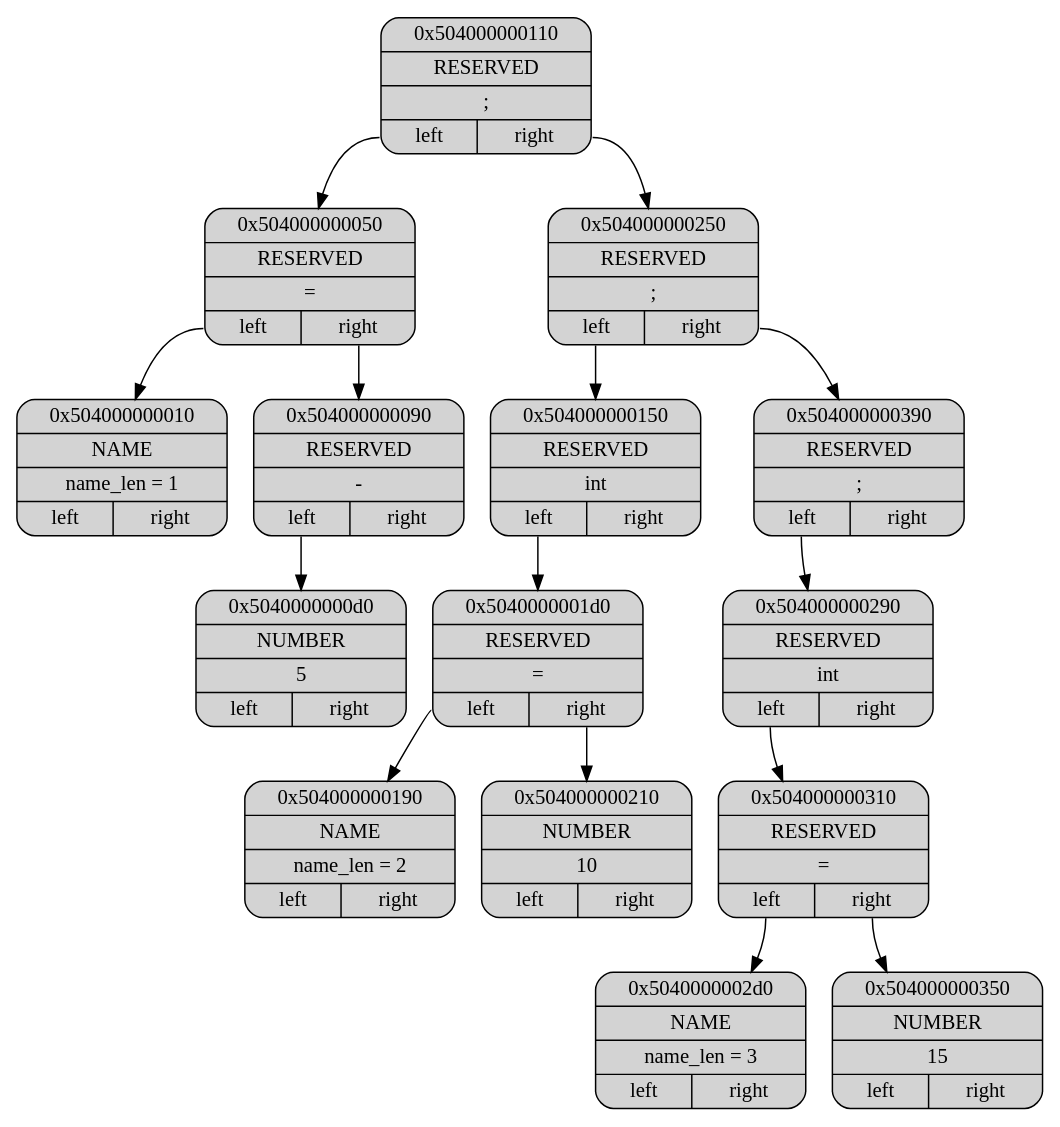
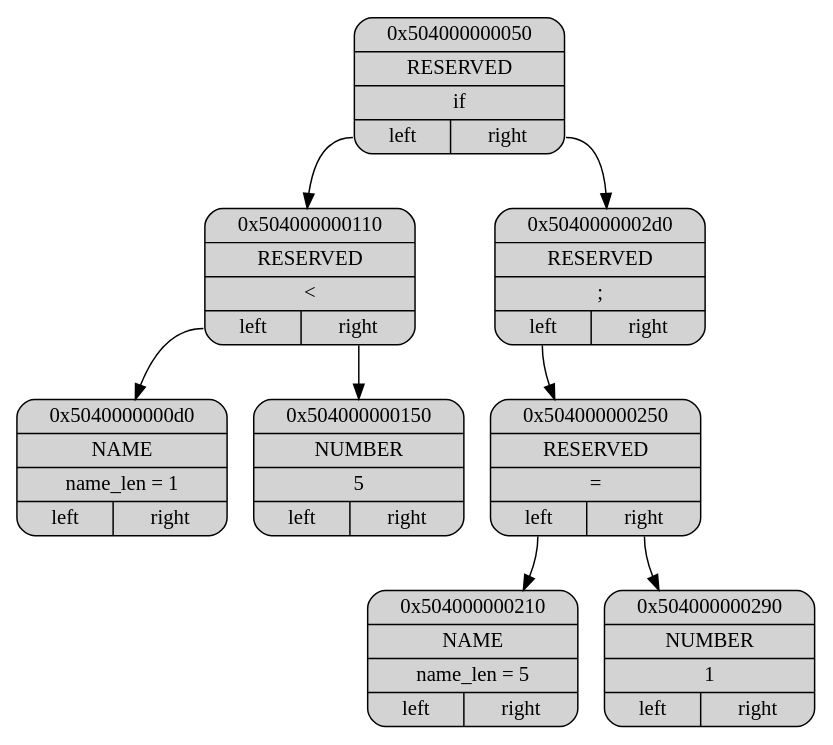
Before and after one commit to ashqqy/Language: the diagram in Dump/dump.dot, drawn with Graphviz. The commit also changed 9 other files, not shown here.

```diff
--- a/Dump/dump.dot
+++ b/Dump/dump.dot
@@ -1,35 +1,21 @@
 digraph G
 {
 node[shape="record", style="rounded, filled"];
 
-p0x504000000110[label = "{ <ptr> 0x504000000110 | <type> RESERVED | <data> ; | { <l>left|<r>right } }"];
-p0x504000000050[label = "{ <ptr> 0x504000000050 | <type> RESERVED | <data> = | { <l>left|<r>right } }"];
-p0x504000000010[label = "{ <ptr> 0x504000000010 | <type> NAME | <data> name_len = 1 | { <l>left|<r>right } }"];
-p0x504000000090[label = "{ <ptr> 0x504000000090 | <type> RESERVED | <data> - | { <l>left|<r>right } }"];
-p0x5040000000d0[label = "{ <ptr> 0x5040000000d0 | <type> NUMBER | <data> 5 | { <l>left|<r>right } }"];
-p0x504000000250[label = "{ <ptr> 0x504000000250 | <type> RESERVED | <data> ; | { <l>left|<r>right } }"];
-p0x504000000150[label = "{ <ptr> 0x504000000150 | <type> RESERVED | <data> int | { <l>left|<r>right } }"];
-p0x5040000001d0[label = "{ <ptr> 0x5040000001d0 | <type> RESERVED | <data> = | { <l>left|<r>right } }"];
-p0x504000000190[label = "{ <ptr> 0x504000000190 | <type> NAME | <data> name_len = 2 | { <l>left|<r>right } }"];
-p0x504000000210[label = "{ <ptr> 0x504000000210 | <type> NUMBER | <data> 10 | { <l>left|<r>right } }"];
-p0x504000000390[label = "{ <ptr> 0x504000000390 | <type> RESERVED | <data> ; | { <l>left|<r>right } }"];
-p0x504000000290[label = "{ <ptr> 0x504000000290 | <type> RESERVED | <data> int | { <l>left|<r>right } }"];
-p0x504000000310[label = "{ <ptr> 0x504000000310 | <type> RESERVED | <data> = | { <l>left|<r>right } }"];
-p0x5040000002d0[label = "{ <ptr> 0x5040000002d0 | <type> NAME | <data> name_len = 3 | { <l>left|<r>right } }"];
-p0x504000000350[label = "{ <ptr> 0x504000000350 | <type> NUMBER | <data> 15 | { <l>left|<r>right } }"];
+p0x504000000050[label = "{ <ptr> 0x504000000050 | <type> RESERVED | <data> \if | { <l>left|<r>right } }"];
+p0x504000000110[label = "{ <ptr> 0x504000000110 | <type> RESERVED | <data> \< | { <l>left|<r>right } }"];
+p0x5040000000d0[label = "{ <ptr> 0x5040000000d0 | <type> NAME | <data> name_len = 1 | { <l>left|<r>right } }"];
+p0x504000000150[label = "{ <ptr> 0x504000000150 | <type> NUMBER | <data> 5 | { <l>left|<r>right } }"];
+p0x5040000002d0[label = "{ <ptr> 0x5040000002d0 | <type> RESERVED | <data> \; | { <l>left|<r>right } }"];
+p0x504000000250[label = "{ <ptr> 0x504000000250 | <type> RESERVED | <data> \= | { <l>left|<r>right } }"];
+p0x504000000210[label = "{ <ptr> 0x504000000210 | <type> NAME | <data> name_len = 5 | { <l>left|<r>right } }"];
+p0x504000000290[label = "{ <ptr> 0x504000000290 | <type> NUMBER | <data> 1 | { <l>left|<r>right } }"];
 
-p0x504000000110:<l> -> p0x504000000050
-p0x504000000050:<l> -> p0x504000000010
-p0x504000000050:<r> -> p0x504000000090
-p0x504000000090:<l> -> p0x5040000000d0
-p0x504000000110:<r> -> p0x504000000250
-p0x504000000250:<l> -> p0x504000000150
-p0x504000000150:<l> -> p0x5040000001d0
-p0x5040000001d0:<l> -> p0x504000000190
-p0x5040000001d0:<r> -> p0x504000000210
-p0x504000000250:<r> -> p0x504000000390
-p0x504000000390:<l> -> p0x504000000290
-p0x504000000290:<l> -> p0x504000000310
-p0x504000000310:<l> -> p0x5040000002d0
-p0x504000000310:<r> -> p0x504000000350
+p0x504000000050:<l> -> p0x504000000110
+p0x504000000110:<l> -> p0x5040000000d0
+p0x504000000110:<r> -> p0x504000000150
+p0x504000000050:<r> -> p0x5040000002d0
+p0x5040000002d0:<l> -> p0x504000000250
+p0x504000000250:<l> -> p0x504000000210
+p0x504000000250:<r> -> p0x504000000290
 }
```
